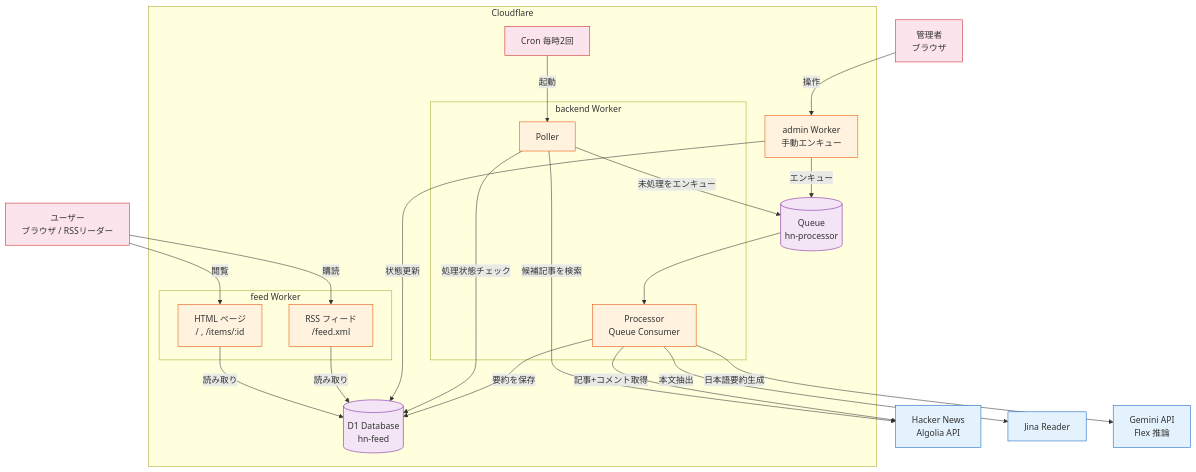
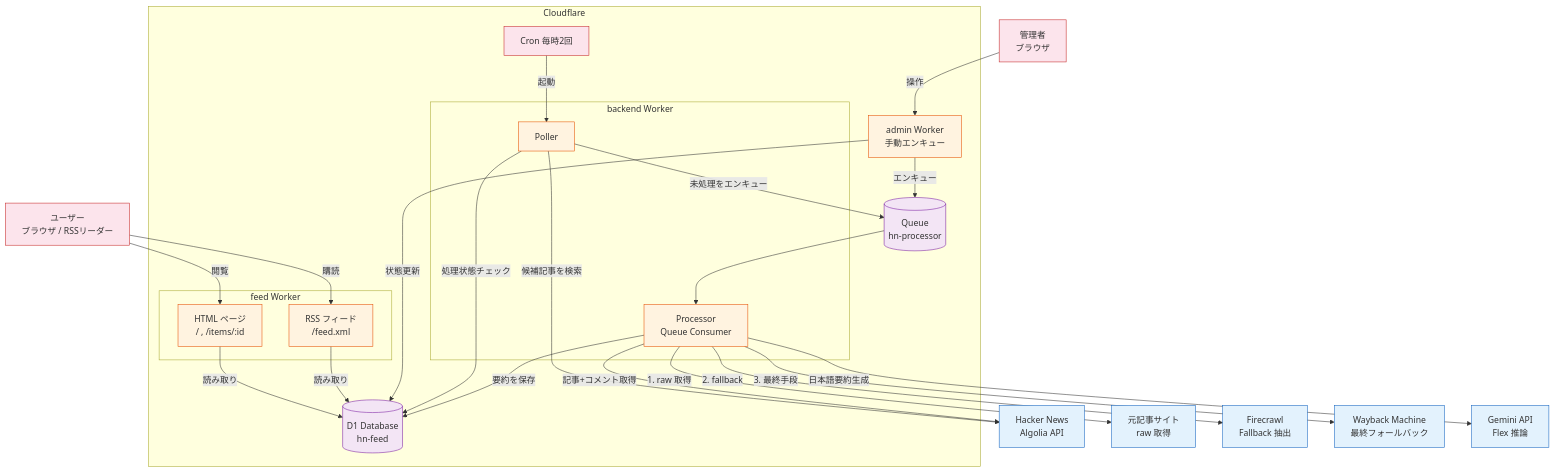
The diagram in architecture.mermaid (kui/hn-ja-summary), drawn with Mermaid before and after one commit. The commit also changed 7 other files, not shown here.

First line of the commit message:
Rework article fetching to raw with Firecrawl and Wayback fallbacks

```diff
--- a/architecture.mermaid
+++ b/architecture.mermaid
@@ -1,57 +1,61 @@
 graph TB
     USER["ユーザー<br/>ブラウザ / RSSリーダー"]
     ADMIN_USER["管理者<br/>ブラウザ"]
 
     subgraph CF["Cloudflare"]
         ADMIN["admin Worker<br/>手動エンキュー"]
 
         CRON["Cron 毎時2回"]
         subgraph Backend["backend Worker"]
             POLLER["Poller"]
             PROCESSOR["Processor<br/>Queue Consumer"]
         end
 
         subgraph Feed["feed Worker"]
             FEED_HTML["HTML ページ<br/>/ , /items/:id"]
             FEED_RSS["RSS フィード<br/>/feed.xml"]
         end
 
         QUEUE[("Queue<br/>hn-processor")]
         DB[("D1 Database<br/>hn-feed")]
     end
 
     HN["Hacker News<br/>Algolia API"]
-    JINA["Jina Reader"]
+    ARTICLE["元記事サイト<br/>raw 取得"]
+    FIRECRAWL["Firecrawl<br/>Fallback 抽出"]
+    WAYBACK["Wayback Machine<br/>最終フォールバック"]
     GEMINI["Gemini API<br/>Flex 推論"]
 
     USER -->|"閲覧"| FEED_HTML
     USER -->|"購読"| FEED_RSS
     ADMIN_USER -->|"操作"| ADMIN
     CRON -->|起動| POLLER
 
     FEED_HTML -->|"読み取り"| DB
     FEED_RSS -->|"読み取り"| DB
 
     ADMIN -->|"エンキュー"| QUEUE
     ADMIN -->|"状態更新"| DB
 
     POLLER -->|"未処理をエンキュー"| QUEUE
     POLLER -->|"処理状態チェック"| DB
 
     QUEUE --> PROCESSOR
 
     POLLER -->|"候補記事を検索"| HN
     PROCESSOR -->|"記事+コメント取得"| HN
-    PROCESSOR -->|"本文抽出"| JINA
+    PROCESSOR -->|"1. raw 取得"| ARTICLE
+    PROCESSOR -->|"2. fallback"| FIRECRAWL
+    PROCESSOR -->|"3. 最終手段"| WAYBACK
     PROCESSOR -->|"日本語要約生成"| GEMINI
     PROCESSOR -->|"要約を保存"| DB
 
     classDef ext fill:#e3f2fd,stroke:#1565c0
     classDef worker fill:#fff3e0,stroke:#e65100
     classDef storage fill:#f3e5f5,stroke:#7b1fa2
     classDef user fill:#fce4ec,stroke:#c62828
 
-    class HN,JINA,GEMINI ext
+    class HN,ARTICLE,FIRECRAWL,WAYBACK,GEMINI ext
     class POLLER,PROCESSOR,FEED_HTML,FEED_RSS,ADMIN worker
     class QUEUE,DB storage
     class USER,ADMIN_USER,CRON user
```
